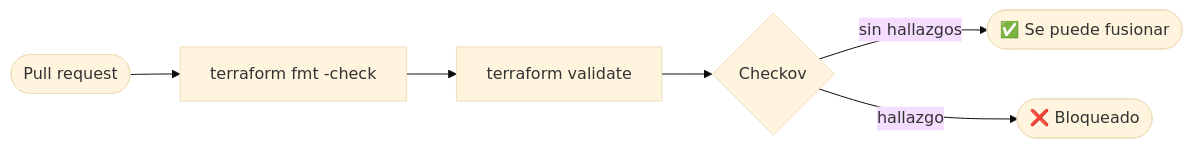
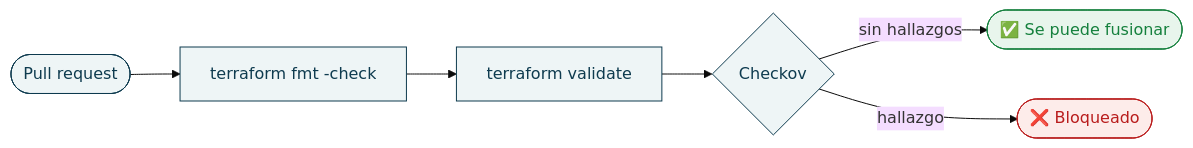
The second of 2 diagrams in README.md (AgEnt3P18/caribeshop-taller-integrador), drawn with Mermaid (base theme) before and after one commit. The commit also changed other lines of this file, not shown here.

Commit message:
docs: mejorar diagramas del README

````diff
--- a/README.md
+++ b/README.md
@@ -225,8 +231,15 @@
 ```mermaid
 flowchart LR
     PR([Pull request]) --> F[terraform fmt -check]
     F --> V[terraform validate]
     V --> C{Checkov}
     C -->|sin hallazgos| OK([✅ Se puede fusionar])
     C -->|hallazgo| KO([❌ Bloqueado])
+
+    classDef step fill:#EEF5F6,stroke:#0E3B4F,color:#0E3B4F
+    classDef ok fill:#E8F5EC,stroke:#15803D,color:#15803D
+    classDef ko fill:#FDECEA,stroke:#B91C1C,color:#B91C1C
+    class PR,F,V,C step
+    class OK ok
+    class KO ko
 ```
````
